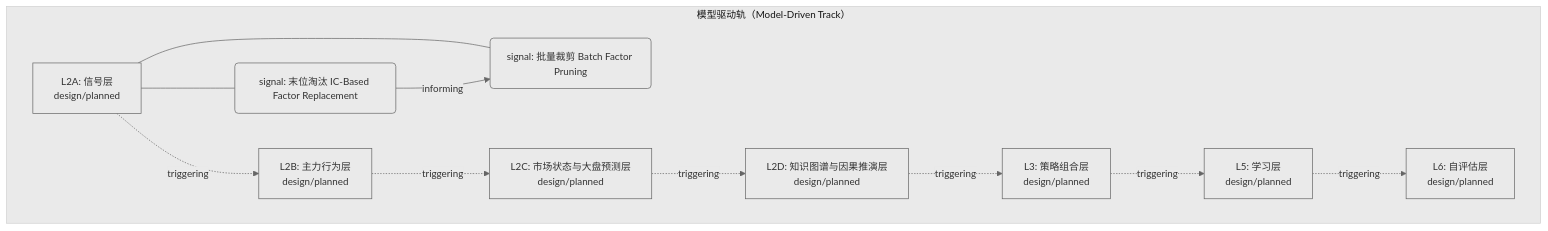
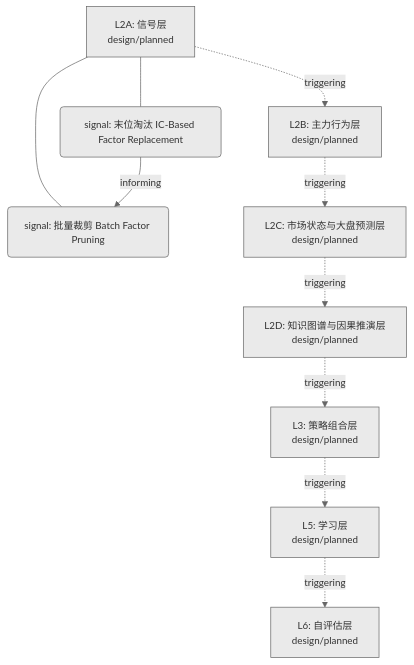
Before and after one commit to xuanFelixVan/ZephyrAlpha: the first of 2 diagrams in docs/02_enterprise_architecture/06_decision_architecture/07_decision_l2a_factor.md, drawn with Mermaid. The commit also changed other lines of this file and 20 other files, not shown here.

First line of the commit message:
fix(decision-diagram): _gen_overview_mmd 去掉 subgraph 修复节点白色+高度问题

````diff
--- a/docs/02_enterprise_architecture/06_decision_architecture/07_decision_l2a_factor.md
+++ b/docs/02_enterprise_architecture/06_decision_architecture/07_decision_l2a_factor.md
@@ -21,24 +21,22 @@
 ```mermaid
 %%{init: {'theme': 'base', 'themeVariables': {'primaryColor': '#eaeaea', 'primaryTextColor': '#333333', 'primaryBorderColor': '#666666', 'lineColor': '#666666', 'secondaryColor': '#eaeaea', 'tertiaryColor': '#eaeaea', 'fontSize': '14px'}}}%%
 flowchart TD
-    subgraph track_model_driven["模型驱动轨（Model-Driven Track）"]
-        LL2A["L2A: 信号层<br/>design/planned"]
-        N190("signal: 末位淘汰 IC-Based Factor Replacement")
-        LL2A --- N190
-        N191("signal: 批量裁剪 Batch Factor Pruning")
-        LL2A --- N191
-        LL2B["L2B: 主力行为层<br/>design/planned"]
-        LL2C["L2C: 市场状态与大盘预测层<br/>design/planned"]
-        LL2D["L2D: 知识图谱与因果推演层<br/>design/planned"]
-        LL3["L3: 策略组合层<br/>design/planned"]
-        LL5["L5: 学习层<br/>design/planned"]
-        LL6["L6: 自评估层<br/>design/planned"]
-    end
+    LL2A["L2A: 信号层<br/>design/planned"]
+    N190("signal: 末位淘汰 IC-Based Factor Replacement")
+    LL2A --- N190
+    N191("signal: 批量裁剪 Batch Factor Pruning")
+    LL2A --- N191
+    LL2B["L2B: 主力行为层<br/>design/planned"]
+    LL2C["L2C: 市场状态与大盘预测层<br/>design/planned"]
+    LL2D["L2D: 知识图谱与因果推演层<br/>design/planned"]
+    LL3["L3: 策略组合层<br/>design/planned"]
+    LL5["L5: 学习层<br/>design/planned"]
+    LL6["L6: 自评估层<br/>design/planned"]
     LL2A -.->|triggering| LL2B
     LL2B -.->|triggering| LL2C
     LL2C -.->|triggering| LL2D
     LL2D -.->|triggering| LL3
     LL3 -.->|triggering| LL5
     LL5 -.->|triggering| LL6
     N190 -->|informing| N191
 ```
````
